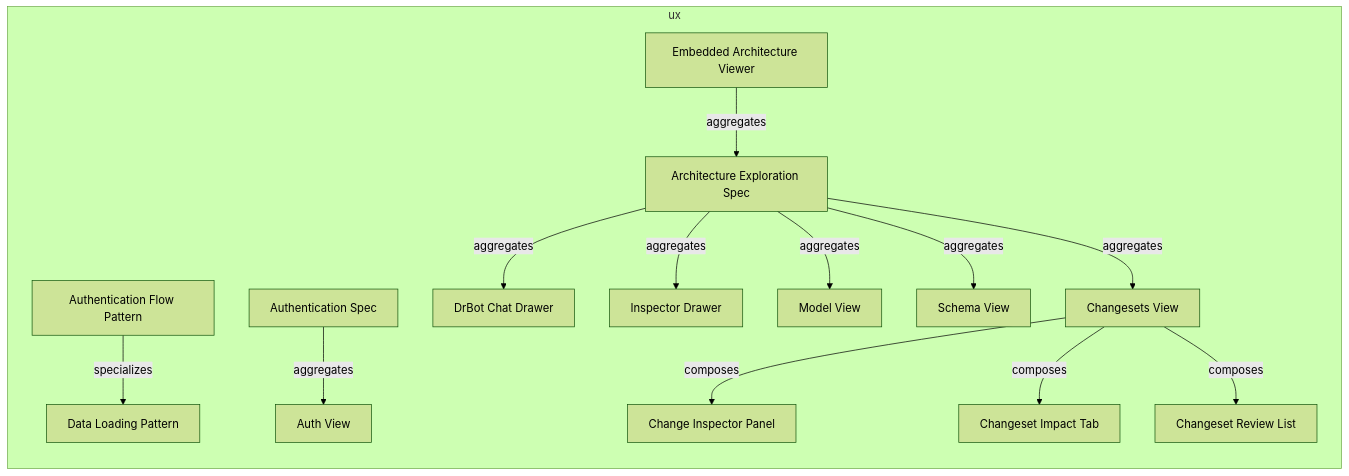
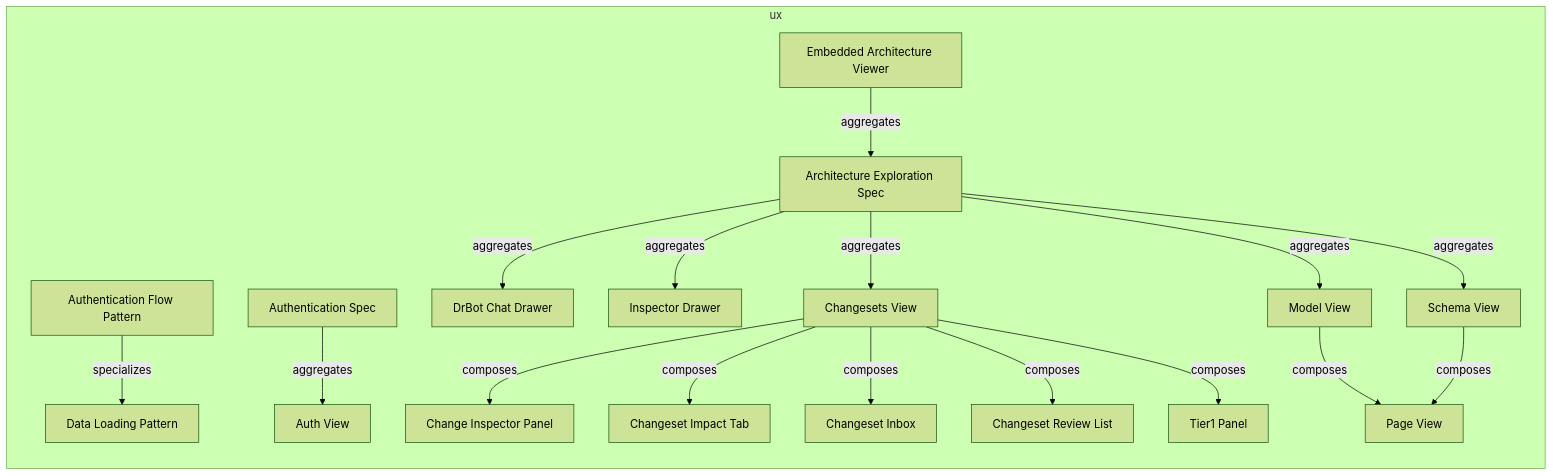
The first of 2 diagrams in documentation-robotics/reports/10-ux-layer-report.md (tinkermonkey/documentation_robotics_viewer), drawn with Mermaid (forest theme) before and after one commit. The commit also changed other lines of this file and 68 other files, not shown here.

````diff
--- a/documentation-robotics/reports/10-ux-layer-report.md
+++ b/documentation-robotics/reports/10-ux-layer-report.md
@@ -32,30 +32,37 @@
 ```mermaid
 flowchart LR
   subgraph ux
     ux_statepattern_authentication_flow_pattern["Authentication Flow Pattern"]
     ux_statepattern_data_loading_pattern["Data Loading Pattern"]
     ux_subview_change_inspector_panel["Change Inspector Panel"]
     ux_subview_changeset_impact_tab["Changeset Impact Tab"]
+    ux_subview_changeset_inbox["Changeset Inbox"]
     ux_subview_changeset_review_list["Changeset Review List"]
+    ux_subview_page_view["Page View"]
+    ux_subview_tier1_panel["Tier1 Panel"]
     ux_uxapplication_embedded_architecture_viewer["Embedded Architecture Viewer"]
     ux_uxspec_architecture_exploration_spec["Architecture Exploration Spec"]
     ux_uxspec_authentication_spec["Authentication Spec"]
     ux_view_auth_view["Auth View"]
     ux_view_changesets_view["Changesets View"]
     ux_view_dr_bot_chat_drawer["DrBot Chat Drawer"]
     ux_view_inspector_drawer["Inspector Drawer"]
     ux_view_model_view["Model View"]
     ux_view_schema_view["Schema View"]
     ux_statepattern_authentication_flow_pattern -->|specializes| ux_statepattern_data_loading_pattern
     ux_uxapplication_embedded_architecture_viewer -->|aggregates| ux_uxspec_architecture_exploration_spec
     ux_uxspec_architecture_exploration_spec -->|aggregates| ux_view_changesets_view
     ux_uxspec_architecture_exploration_spec -->|aggregates| ux_view_dr_bot_chat_drawer
     ux_uxspec_architecture_exploration_spec -->|aggregates| ux_view_inspector_drawer
     ux_uxspec_architecture_exploration_spec -->|aggregates| ux_view_model_view
     ux_uxspec_architecture_exploration_spec -->|aggregates| ux_view_schema_view
     ux_uxspec_authentication_spec -->|aggregates| ux_view_auth_view
     ux_view_changesets_view -->|composes| ux_subview_change_inspector_panel
     ux_view_changesets_view -->|composes| ux_subview_changeset_impact_tab
+    ux_view_changesets_view -->|composes| ux_subview_changeset_inbox
     ux_view_changesets_view -->|composes| ux_subview_changeset_review_list
+    ux_view_changesets_view -->|composes| ux_subview_tier1_panel
+    ux_view_model_view -->|composes| ux_subview_page_view
+    ux_view_schema_view -->|composes| ux_subview_page_view
   end
 ```
````
